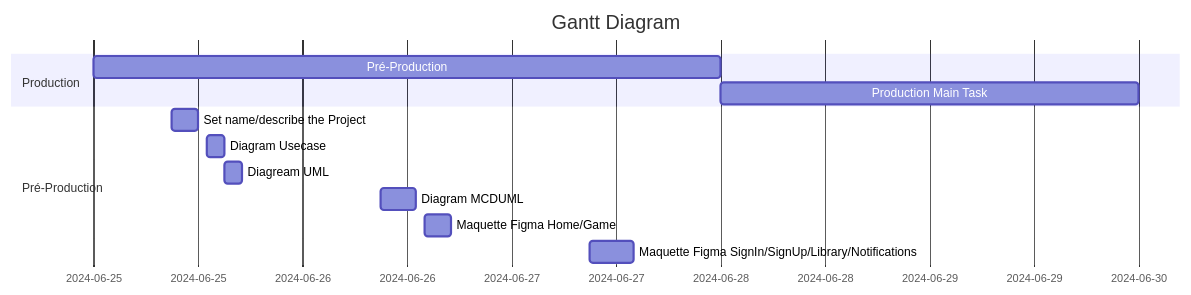
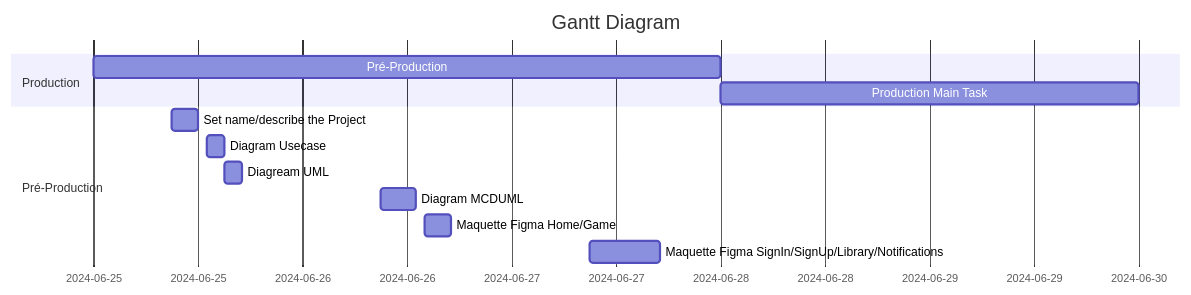
Before and after one commit to JameS-Gmz/api-Rest: the first of 3 diagrams in README.md, drawn with Mermaid.

````diff
--- a/README.md
+++ b/README.md
@@ -48,15 +48,15 @@
 ```mermaid
 gantt
     title Gantt Diagram
     dateFormat YYYY-MM-DD
     section Production
         Pré-Production   :a1, 2024-06-25, 3d
         Production Main Task : 2024-06-28, 2d
     section Pré-Production
         Set name/describe the Project :2024-06-25 9:00, 3h
         Diagram Usecase  : 2024-06-25 13:00, 2h
         Diagream UML : 2024-06-25 15:00, 2h
         Diagram MCDUML : 2024-06-26 9:00, 4h
         Maquette Figma Home/Game : 2024-06-26 14:00, 3h
-        Maquette Figma SignIn/SignUp/Library/Notifications : 2024-06-27 9:00, 5h
+        Maquette Figma SignIn/SignUp/Library/Notifications : 2024-06-27 9:00, 8h
 ```
````
